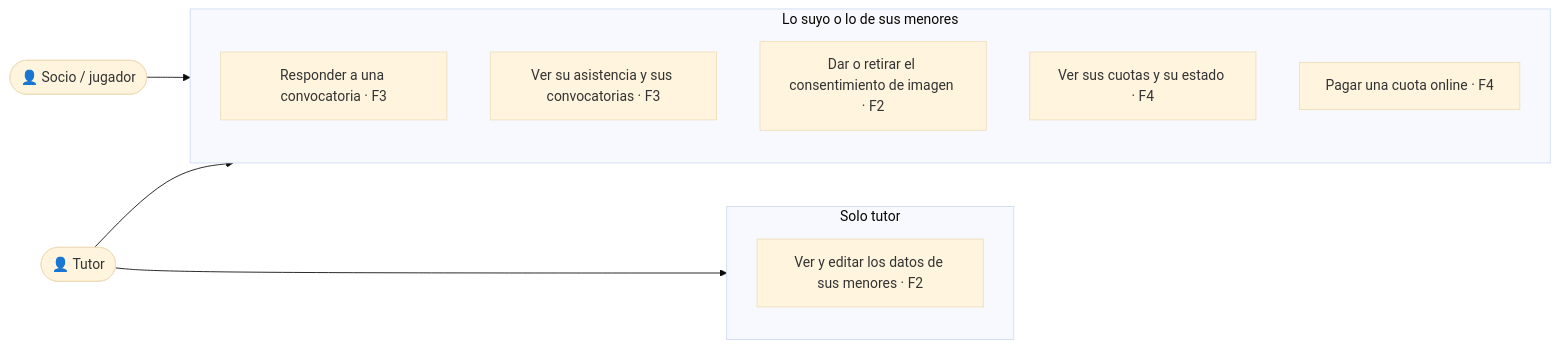
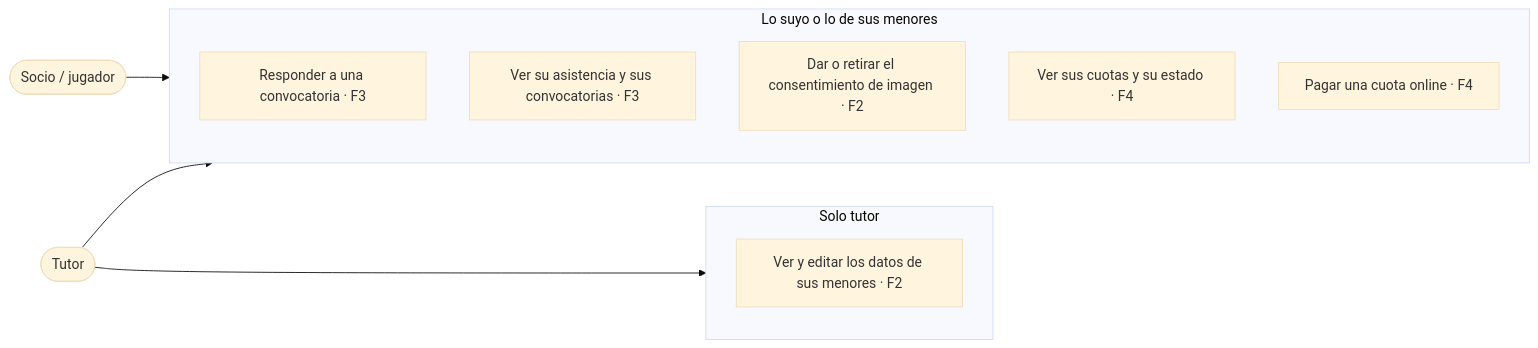
The second of 4 diagrams in docs/06-diagramas/casos-de-uso.md (RodrigoSanmartinAlaejos/los-chicharros-vc), drawn with Mermaid (base theme) before and after one commit. The commit also changed other lines of this file and 9 other files, not shown here.

Commit message:
docs(diagrams): add phase 1 sequence and state diagrams (#79)

````diff
--- a/docs/06-diagramas/casos-de-uso.md
+++ b/docs/06-diagramas/casos-de-uso.md
@@ -34,18 +34,18 @@
 ```mermaid
 flowchart LR
-    S(["👤 Socio / jugador"])
-    T(["👤 Tutor"])
+    S(["Socio / jugador"])
+    T(["Tutor"])
     subgraph PRIV [Lo suyo o lo de sus menores]
         P1["Responder a una convocatoria · F3"]
         P2["Ver su asistencia y sus convocatorias · F3"]
         P3["Dar o retirar el consentimiento de imagen · F2"]
         P4["Ver sus cuotas y su estado · F4"]
         P5["Pagar una cuota online · F4"]
     end
     subgraph TUT [Solo tutor]
         P6["Ver y editar los datos de sus menores · F2"]
     end
     S --> PRIV
     T --> PRIV
     T --> TUT
 ```
````
